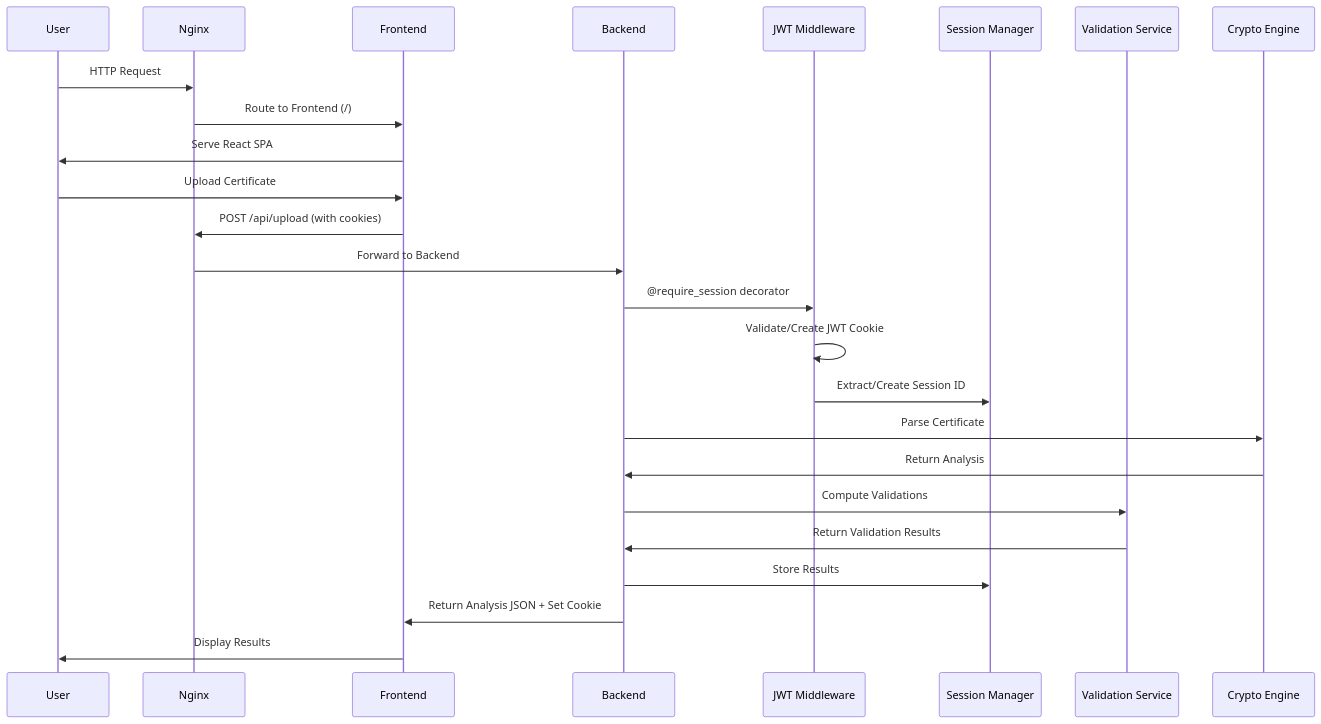
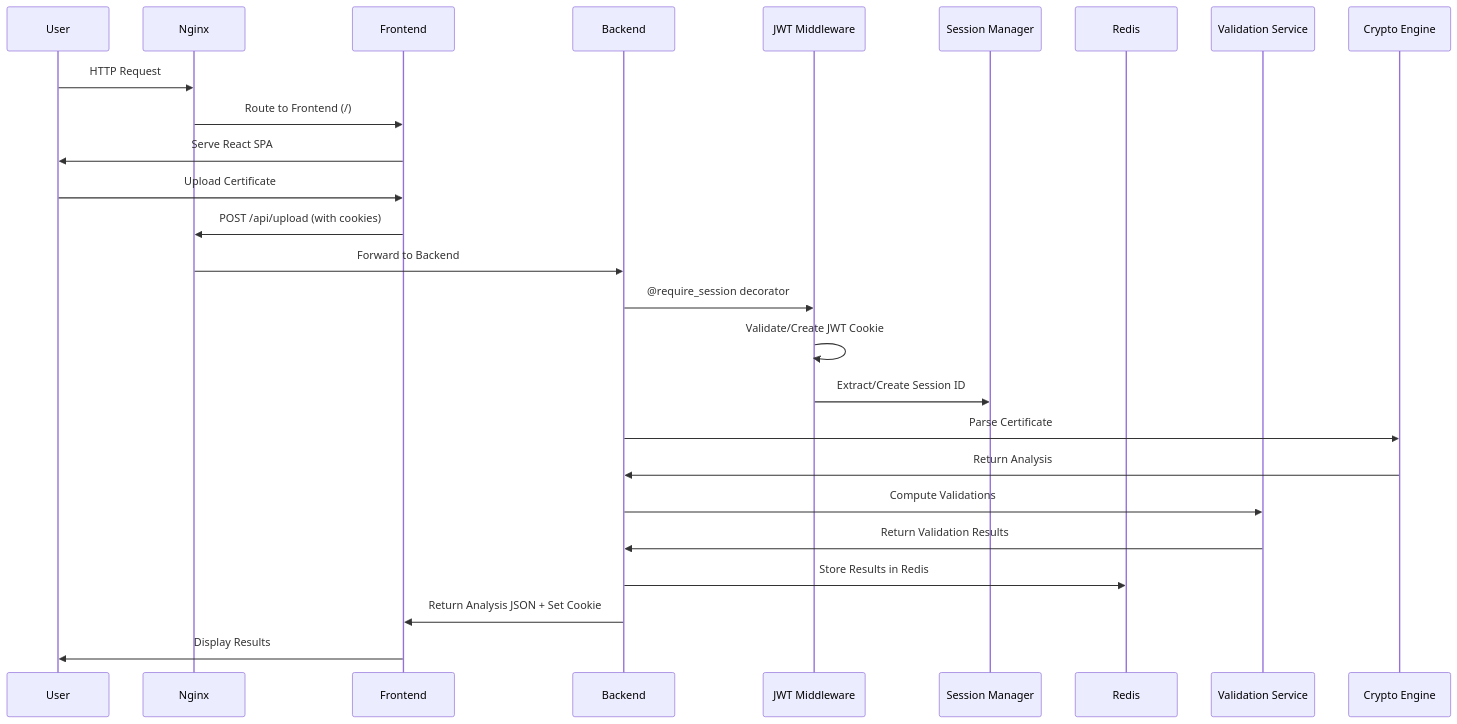
Before and after one commit to fuhdan/certificate-tools: the second of 13 diagrams in TECHNICAL.md, drawn with Mermaid. The commit also changed other lines of this file and 1 other file, not shown here.

````diff
--- a/TECHNICAL.md
+++ b/TECHNICAL.md
@@ -61,29 +64,30 @@
 ```mermaid
 sequenceDiagram
     participant U as User
     participant N as Nginx
     participant F as Frontend
     participant B as Backend
     participant J as JWT Middleware
     participant S as Session Manager
+    participant R as Redis
     participant V as Validation Service
     participant C as Crypto Engine
     
     U->>N: HTTP Request
     N->>F: Route to Frontend (/)
     F->>U: Serve React SPA
     
     U->>F: Upload Certificate
     F->>N: POST /api/upload (with cookies)
     N->>B: Forward to Backend
     B->>J: @require_session decorator
     J->>J: Validate/Create JWT Cookie
     J->>S: Extract/Create Session ID
     B->>C: Parse Certificate
     C->>B: Return Analysis
     B->>V: Compute Validations
     V->>B: Return Validation Results
-    B->>S: Store Results
+    B->>R: Store Results in Redis
     B->>F: Return Analysis JSON + Set Cookie
     F->>U: Display Results
 ```
````
